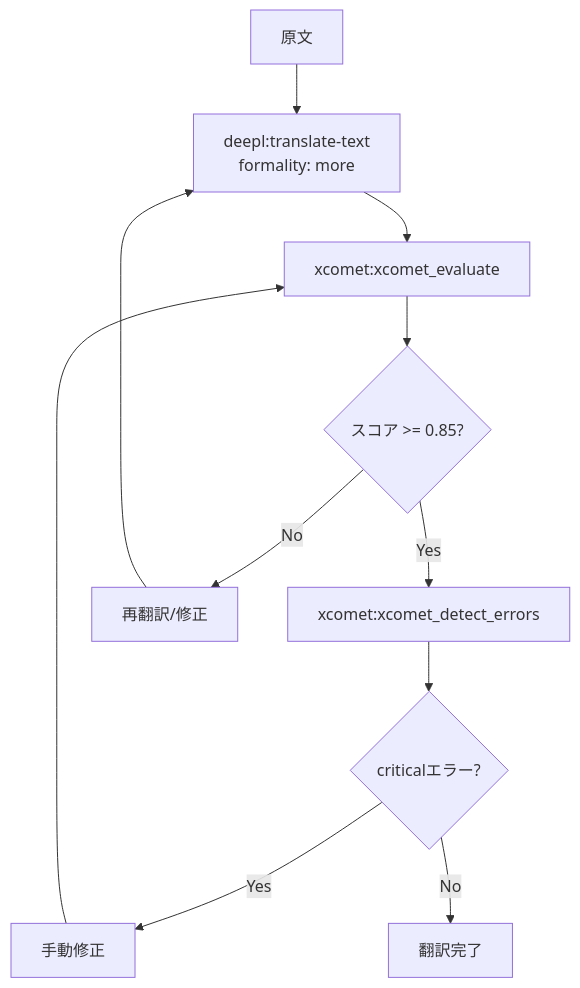
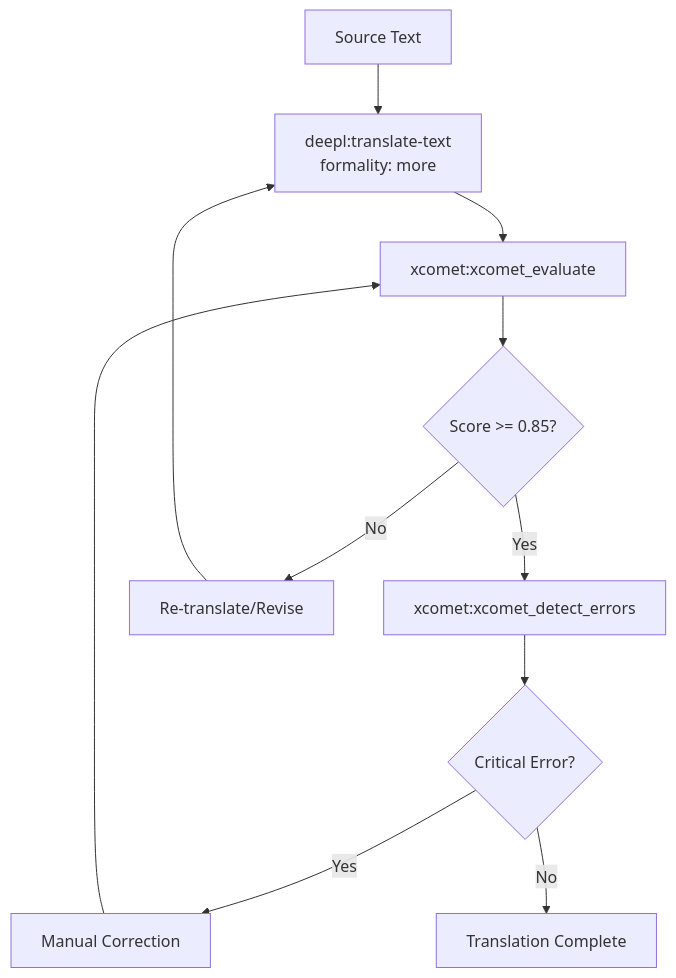
One commit to shuji-bonji/ai-agent-architecture changed the second of 10 diagrams in docs/workflows/patterns.md. Above: the diagram before and after it, drawn with Mermaid. The commit also changed other lines of this file and 42 other files, not shown here.

````diff
--- a/docs/workflows/patterns.md
+++ b/docs/workflows/patterns.md
@@ -47,13 +49,13 @@
 ```mermaid
 flowchart TB
-    START[原文] --> TRANSLATE[deepl:translate-text<br/>formality: more]
+    START[Source Text] --> TRANSLATE[deepl:translate-text<br/>formality: more]
     TRANSLATE --> EVAL[xcomet:xcomet_evaluate]
-    EVAL --> CHECK{スコア >= 0.85?}
+    EVAL --> CHECK{Score >= 0.85?}
     CHECK -->|Yes| DETECT[xcomet:xcomet_detect_errors]
-    CHECK -->|No| RETRY[再翻訳/修正]
+    CHECK -->|No| RETRY[Re-translate/Revise]
     RETRY --> TRANSLATE
-    DETECT --> REVIEW{criticalエラー?}
-    REVIEW -->|Yes| FIX[手動修正]
-    REVIEW -->|No| OUTPUT[翻訳完了]
+    DETECT --> REVIEW{Critical Error?}
+    REVIEW -->|Yes| FIX[Manual Correction]
+    REVIEW -->|No| OUTPUT[Translation Complete]
     FIX --> EVAL
 ```
````
